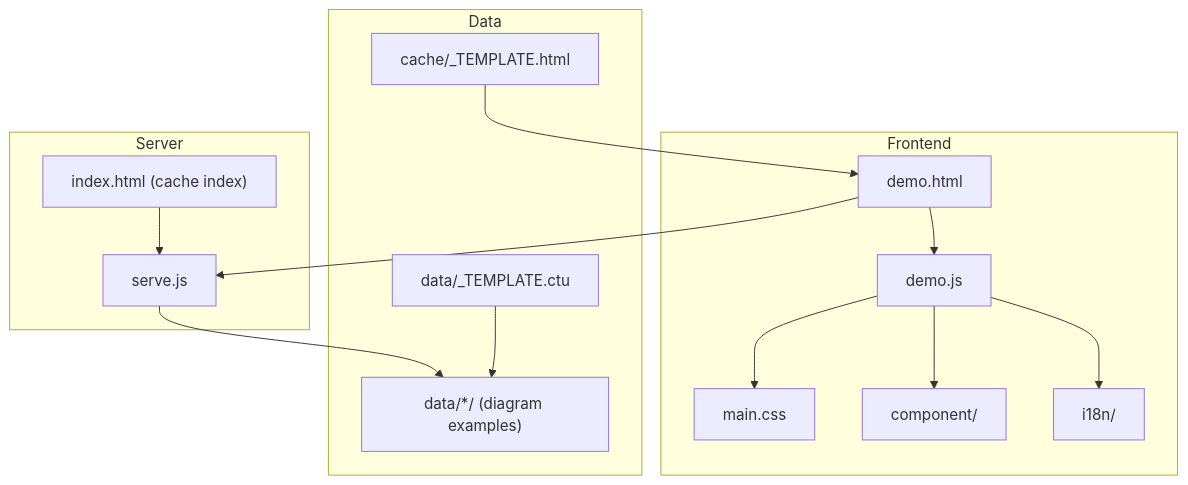
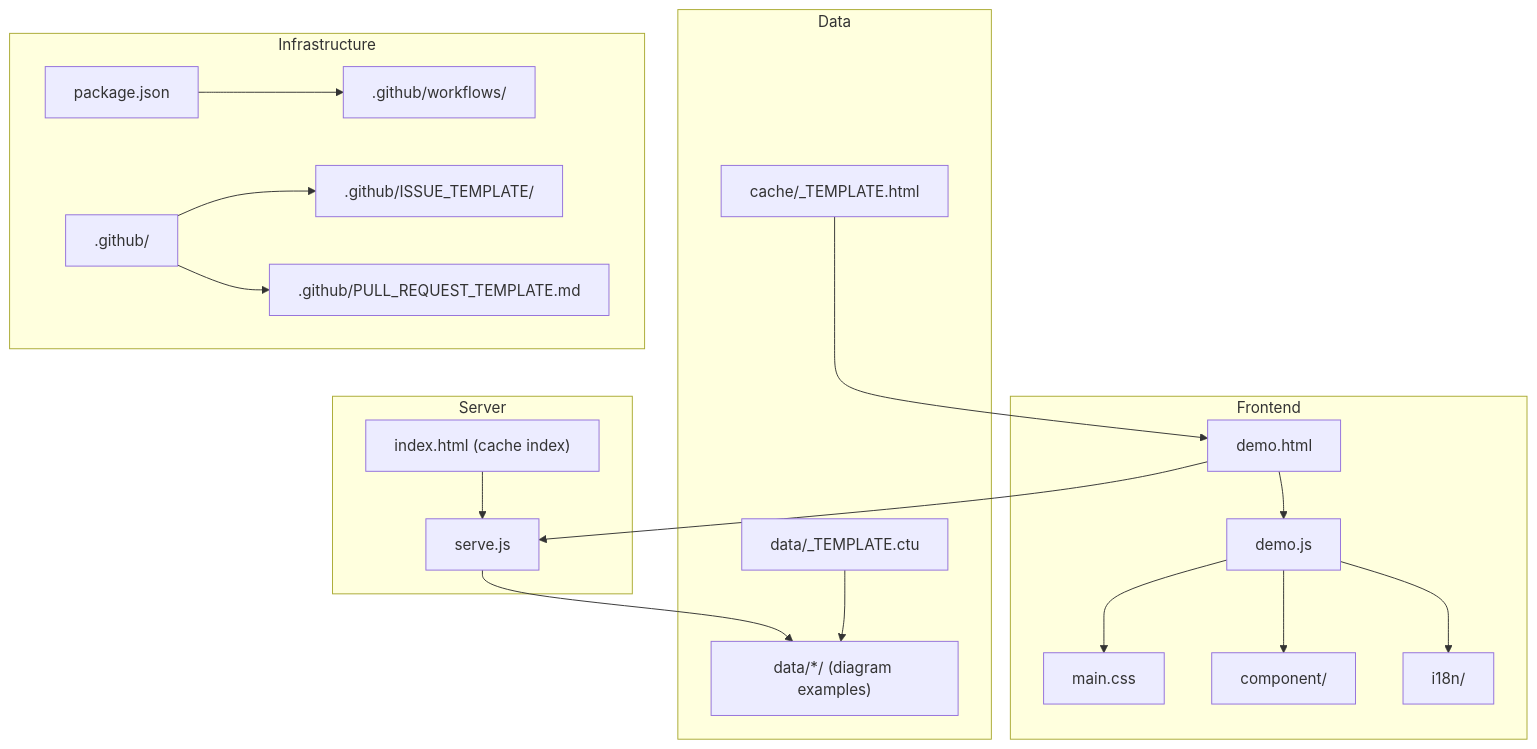
The first of 4 diagrams in .qoder/repowiki/en/content/Contributing and Development.md (pingwurth/code-to-uml), drawn with Mermaid before and after one commit. The commit also changed other lines of this file and 21 other files, not shown here.

Commit message:
chore(docs): 删除 Code-To-UML 介绍文档

````diff
--- a/.qoder/repowiki/en/content/Contributing and Development.md
+++ b/.qoder/repowiki/en/content/Contributing and Development.md
@@ -54,28 +72,38 @@
 ```mermaid
 graph TB
 subgraph "Frontend"
 A["demo.html"]
 B["demo.js"]
 C["main.css"]
 D["component/"]
 E["i18n/"]
 end
 subgraph "Server"
 S["serve.js"]
 I["index.html (cache index)"]
 end
 subgraph "Data"
 T["cache/_TEMPLATE.html"]
 U["data/_TEMPLATE.ctu"]
 X["data/*/ (diagram examples)"]
 end
+subgraph "Infrastructure"
+P["package.json"]
+G[".github/"]
+W[".github/workflows/"]
+T1[".github/ISSUE_TEMPLATE/"]
+T2[".github/PULL_REQUEST_TEMPLATE.md"]
+end
 A --> B
 B --> C
 B --> D
 B --> E
 A --> S
 I --> S
 S --> X
 T --> A
 U --> X
+P --> W
+G --> T1
+G --> T2
 ```
````
